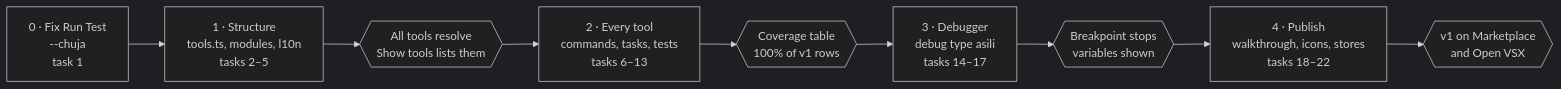
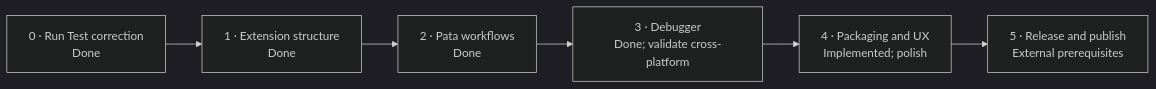
One commit to Asili-Programming/asili-vscode changed the diagram in docs/05-implementation-plan.md. Above: the diagram before and after it, drawn with Mermaid (dark theme). The commit also changed other lines of this file and 16 other files, not shown here.

Commit message:
feat: complete Pata debugger workflow (0.5.0)

````diff
--- a/docs/05-implementation-plan.md
+++ b/docs/05-implementation-plan.md
@@ -10,13 +11,10 @@
 ```mermaid
 flowchart LR
-  p0["0 · Fix Run Test<br/>--chuja<br/>task 1"]
-  p1["1 · Structure<br/>tools.ts, modules, l10n<br/>tasks 2–5"]
-  g1{{"All tools resolve<br/>Show tools lists them"}}
-  p2["2 · Every tool<br/>commands, tasks, tests<br/>tasks 6–13"]
-  g2{{"Coverage table<br/>100% of v1 rows"}}
-  p3["3 · Debugger<br/>debug type asili<br/>tasks 14–17"]
-  g3{{"Breakpoint stops<br/>variables shown"}}
-  p4["4 · Publish<br/>walkthrough, icons, stores<br/>tasks 18–22"]
-  g4{{"v1 on Marketplace<br/>and Open VSX"}}
-  p0 --> p1 --> g1 --> p2 --> g2 --> p3 --> g3 --> p4 --> g4
+  p0["0 · Run Test correction<br/>Done"]
+  p1["1 · Extension structure<br/>Done"]
+  p2["2 · Pata workflows<br/>Done"]
+  p3["3 · Debugger<br/>Done; validate cross-platform"]
+  p4["4 · Packaging and UX<br/>Implemented; polish"]
+  p5["5 · Release and publish<br/>External prerequisites"]
+  p0 --> p1 --> p2 --> p3 --> p4 --> p5
 ```
````
